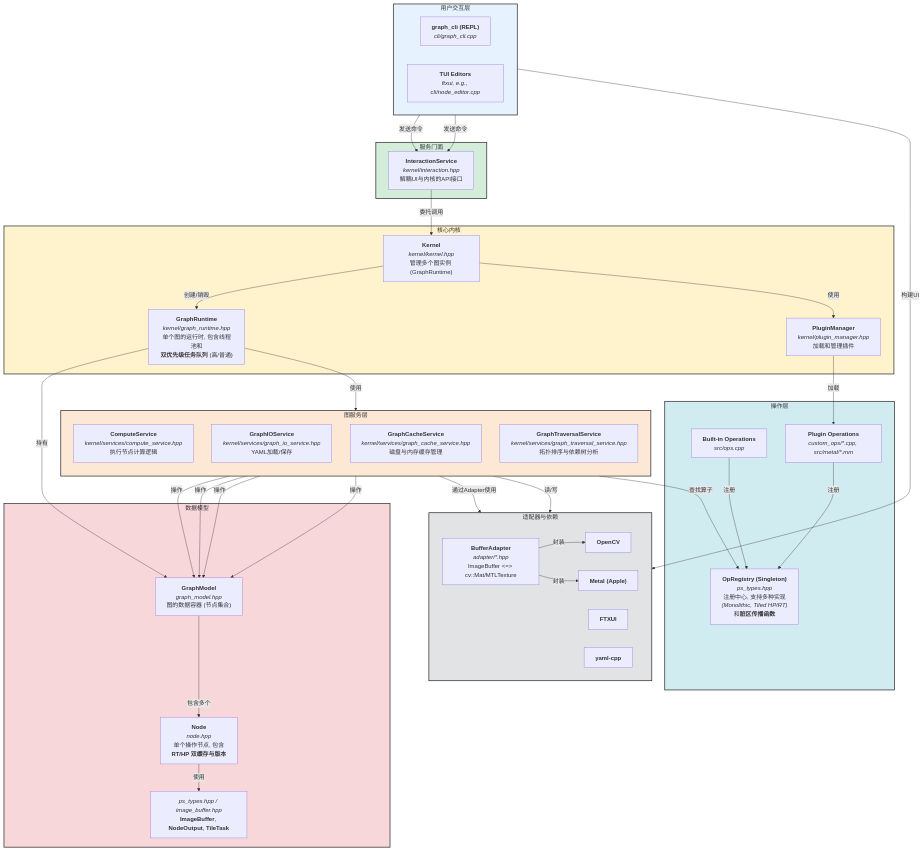
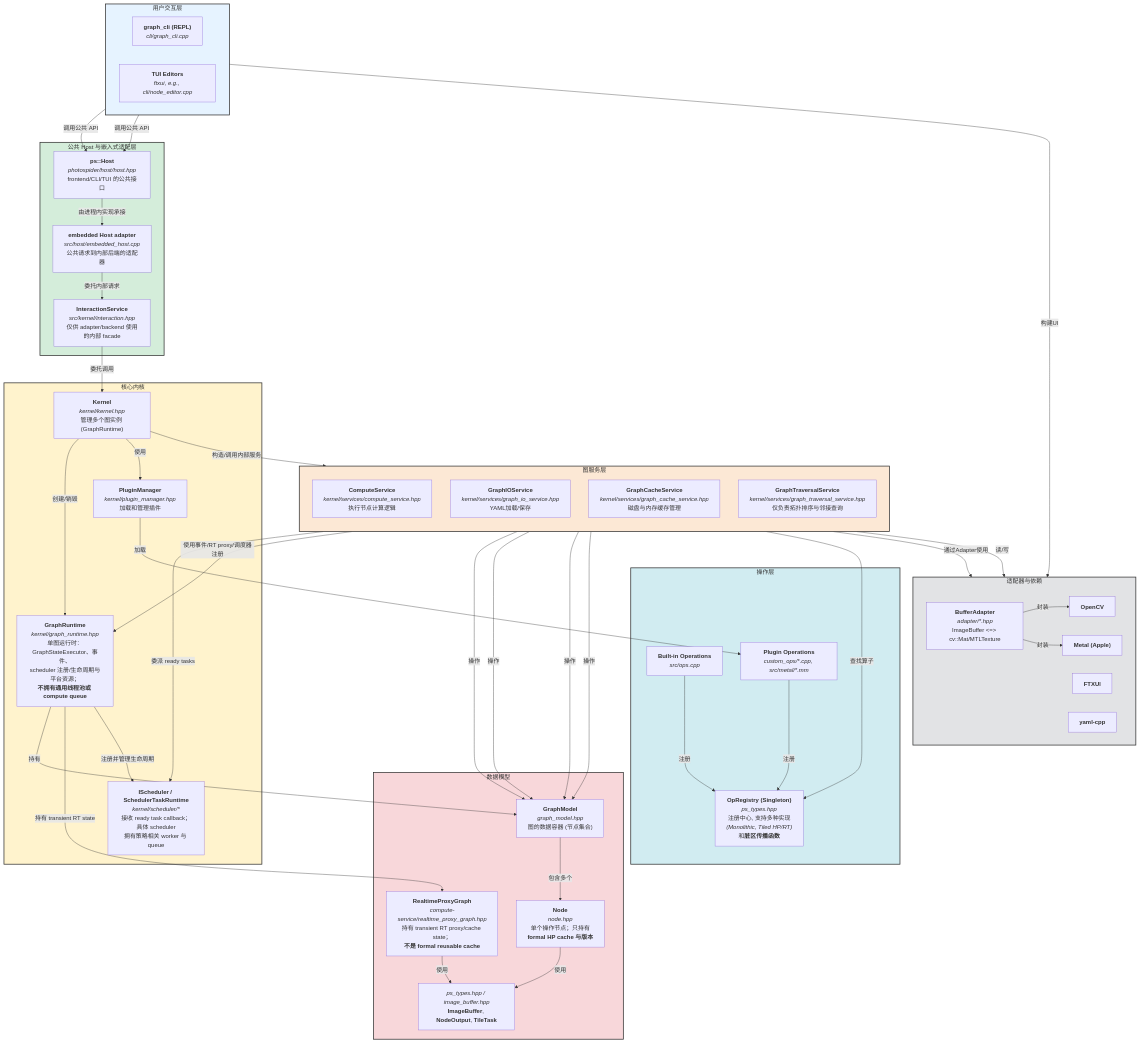
Before and after one commit to kevin-zf1123/photospider: the diagram in util/99-filed/architecture.md, drawn with Mermaid. The commit also changed 54 other files, not shown here.

```diff
--- a/util/99-filed/architecture.md
+++ b/util/99-filed/architecture.md
@@ -6,14 +6,17 @@
         TUI["<b>TUI Editors</b><br><i>ftxui, e.g., cli/node_editor.cpp</i>"]
     end
 
-    subgraph ServiceFacade [服务门面]
-        InteractionService["<b>InteractionService</b><br><i>kernel/interaction.hpp</i><br>解耦UI与内核的API接口"]
+    subgraph ServiceFacade [公共 Host 与嵌入式适配层]
+        Host["<b>ps::Host</b><br><i>photospider/host/host.hpp</i><br>frontend/CLI/TUI 的公共接口"]
+        EmbeddedHostAdapter["<b>embedded Host adapter</b><br><i>src/host/embedded_host.cpp</i><br>公共请求到内部后端的适配器"]
+        InteractionService["<b>InteractionService</b><br><i>src/kernel/interaction.hpp</i><br>仅供 adapter/backend 使用的内部 facade"]
     end
 
     subgraph CoreKernel [核心内核]
         Kernel["<b>Kernel</b><br><i>kernel/kernel.hpp</i><br>管理多个图实例 (GraphRuntime)"]
         PluginManager["<b>PluginManager</b><br><i>kernel/plugin_manager.hpp</i><br>加载和管理插件"]
-        GraphRuntime["<b>GraphRuntime</b><br><i>kernel/graph_runtime.hpp</i><br>单个图的运行时, 包含线程池和<br><b>双优先级任务队列</b> (高/普通)"]
+        GraphRuntime["<b>GraphRuntime</b><br><i>kernel/graph_runtime.hpp</i><br>单图运行时：GraphStateExecutor、事件、<br>scheduler 注册/生命周期与平台资源；<br><b>不拥有通用线程池或 compute queue</b>"]
+        SchedulerRuntime["<b>IScheduler / SchedulerTaskRuntime</b><br><i>kernel/scheduler/*</i><br>接收 ready task callback；具体 scheduler<br>拥有策略相关 worker 与 queue"]
     end
 
     subgraph GraphServices [图服务层]
@@ -21,12 +24,13 @@
         ComputeService["<b>ComputeService</b><br><i>kernel/services/compute_service.hpp</i><br>执行节点计算逻辑"]
         GraphIOService["<b>GraphIOService</b><br><i>kernel/services/graph_io_service.hpp</i><br>YAML加载/保存"]
         GraphCacheService["<b>GraphCacheService</b><br><i>kernel/services/graph_cache_service.hpp</i><br>磁盘与内存缓存管理"]
-        GraphTraversalService["<b>GraphTraversalService</b><br><i>kernel/services/graph_traversal_service.hpp</i><br>拓扑排序与依赖树分析"]
+        GraphTraversalService["<b>GraphTraversalService</b><br><i>kernel/services/graph_traversal_service.hpp</i><br>仅负责拓扑排序与邻接查询"]
     end
 
     subgraph DataModel [数据模型]
         GraphModel["<b>GraphModel</b><br><i>graph_model.hpp</i><br>图的数据容器 (节点集合)"]
-        Node["<b>Node</b><br><i>node.hpp</i><br>单个操作节点, 包含<br><b>RT/HP 双缓存与版本</b>"]
+        Node["<b>Node</b><br><i>node.hpp</i><br>单个操作节点；只持有<br><b>formal HP cache 与版本</b>"]
+        RealtimeProxyGraph["<b>RealtimeProxyGraph</b><br><i>compute-service/realtime_proxy_graph.hpp</i><br>持有 transient RT proxy/cache state；<br><b>不是 formal reusable cache</b>"]
         DataStructs["<i>ps_types.hpp / image_buffer.hpp</i><br><b>ImageBuffer</b>, <b>NodeOutput</b>, <b>TileTask</b>"]
     end
     
@@ -46,18 +50,24 @@
     end
 
     %% 连接关系
-    CLI -- "发送命令" --> InteractionService
-    TUI -- "发送命令" --> InteractionService
-    
+    CLI -- "调用公共 API" --> Host
+    TUI -- "调用公共 API" --> Host
+    Host -- "由进程内实现承接" --> EmbeddedHostAdapter
+    EmbeddedHostAdapter -- "委托内部请求" --> InteractionService
+
     InteractionService -- "委托调用" --> Kernel
     
     Kernel -- "创建/销毁" --> GraphRuntime
     Kernel -- "使用" --> PluginManager
+    Kernel -- "构造/调用内部服务" --> ComputeService
 
     PluginManager -- "加载" --> PluginOps
     
-    GraphRuntime -- "使用" --> ComputeService
     GraphRuntime -- "持有" --> GraphModel
+    GraphRuntime -- "持有 transient RT state" --> RealtimeProxyGraph
+    GraphRuntime -- "注册并管理生命周期" --> SchedulerRuntime
+    ComputeService -- "委派 ready tasks" --> SchedulerRuntime
+    ComputeService -- "使用事件/RT proxy/调度器注册" --> GraphRuntime
     
     ComputeService -- "操作" --> GraphModel
     GraphIOService -- "操作" --> GraphModel
@@ -68,6 +78,7 @@
     
     GraphModel -- "包含多个" --> Node
     Node -- "使用" --> DataStructs
+    RealtimeProxyGraph -- "使用" --> DataStructs
     
     BuiltinOps -- "注册" --> OpRegistry
     PluginOps -- "注册" --> OpRegistry
```
